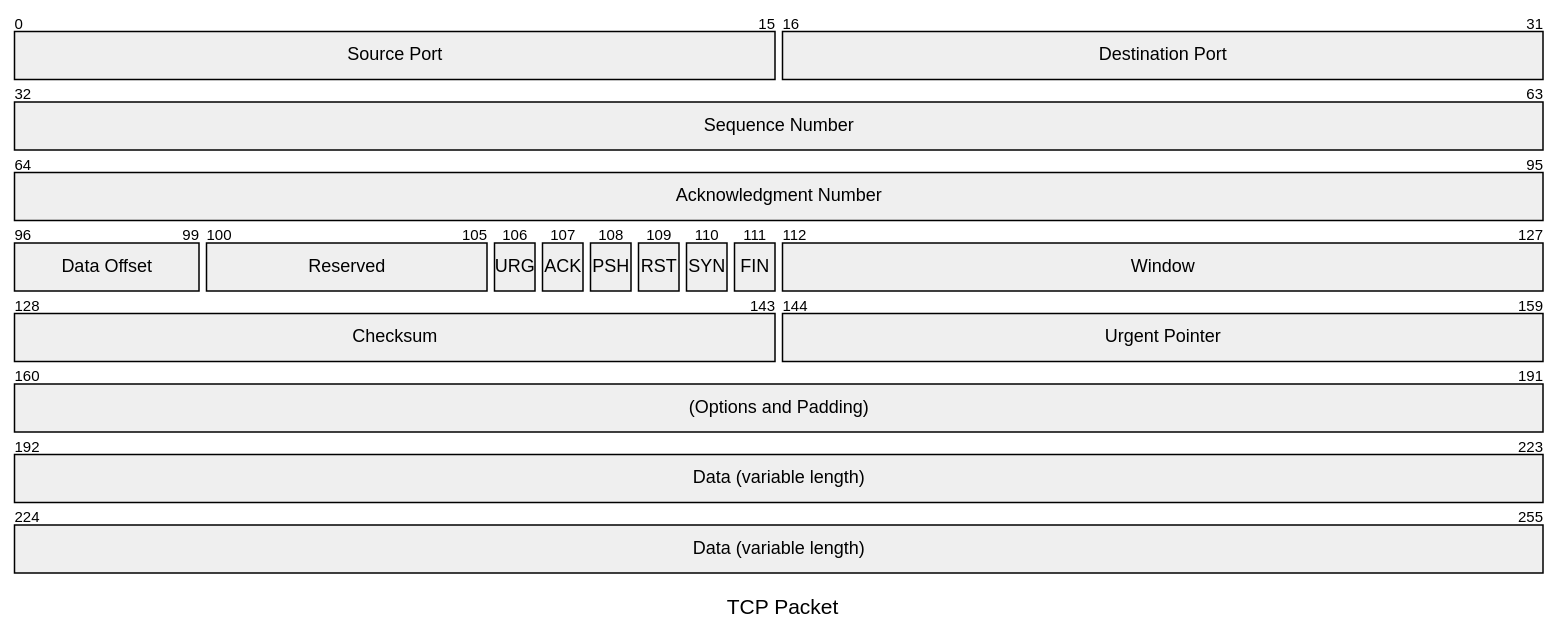
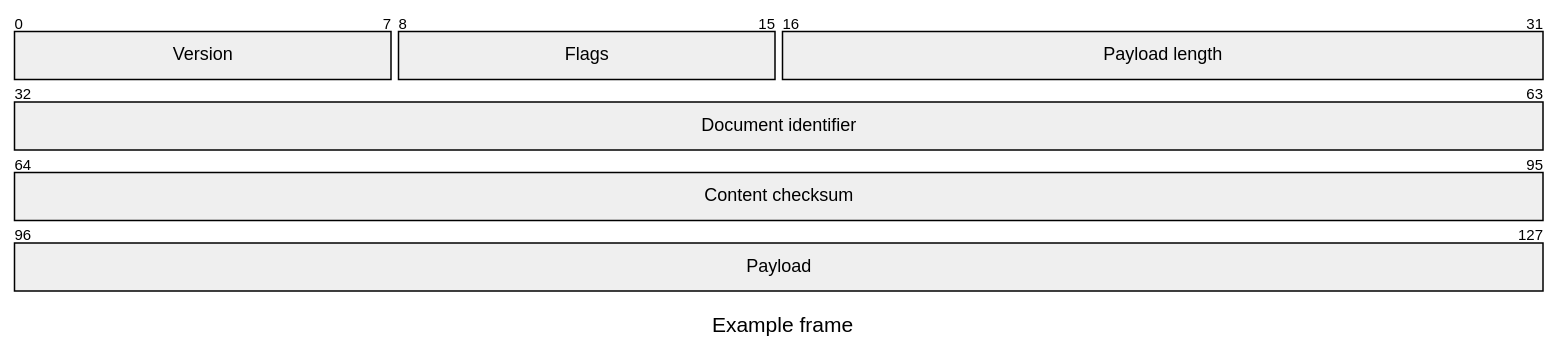
Before and after one commit to fopwoc/GraphiteDraft: the sixth of 6 diagrams in examples/content/features/mermaid.md, drawn with Mermaid. The commit also changed other lines of this file and 45 other files, not shown here.

````diff
--- a/examples/content/features/mermaid.md
+++ b/examples/content/features/mermaid.md
@@ -98,23 +74,12 @@
 ```mermaid
 ---
-title: "TCP Packet"
+title: "Example frame"
 ---
 packet
-0-15: "Source Port"
-16-31: "Destination Port"
-32-63: "Sequence Number"
-64-95: "Acknowledgment Number"
-96-99: "Data Offset"
-100-105: "Reserved"
-106: "URG"
-107: "ACK"
-108: "PSH"
-109: "RST"
-110: "SYN"
-111: "FIN"
-112-127: "Window"
-128-143: "Checksum"
-144-159: "Urgent Pointer"
-160-191: "(Options and Padding)"
-192-255: "Data (variable length)"
+0-7: "Version"
+8-15: "Flags"
+16-31: "Payload length"
+32-63: "Document identifier"
+64-95: "Content checksum"
+96-127: "Payload"
 ```
````
